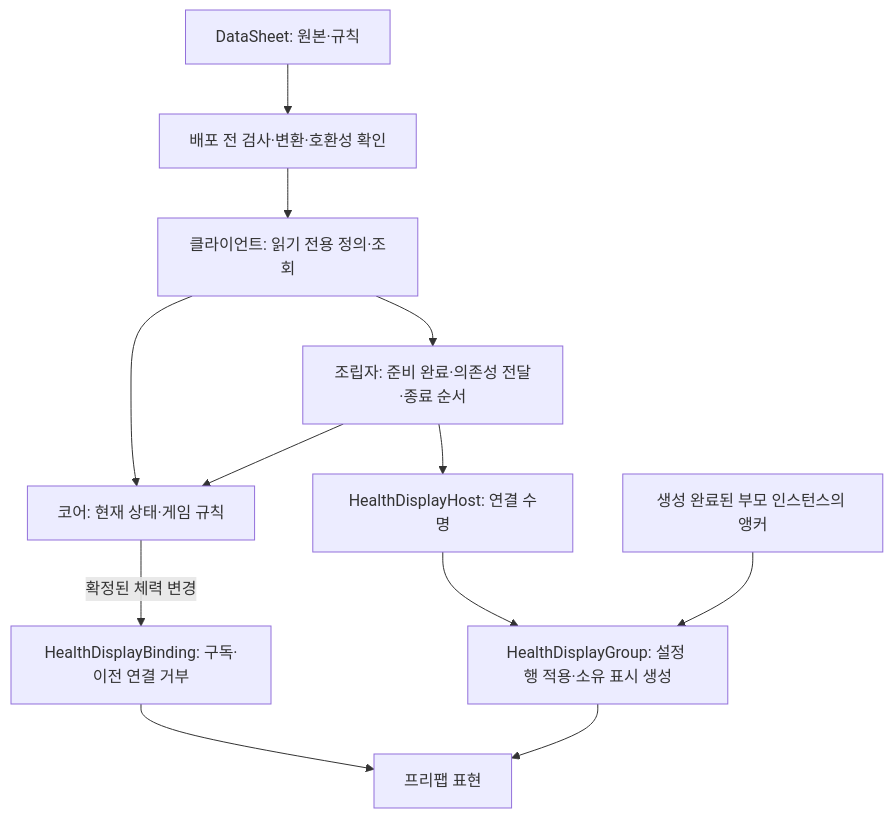
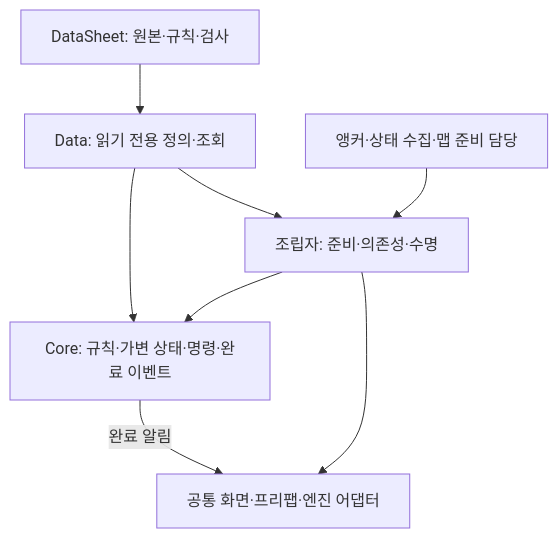
The first of 2 diagrams in Docs/설계 기준 점검과 개선 방향.md (lkhwcf-arch/Human_Ghost-), drawn with Mermaid before and after one commit. The commit also changed other lines of this file and 9 other files, not shown here.

````diff
--- a/Docs/설계 기준 점검과 개선 방향.md
+++ b/Docs/설계 기준 점검과 개선 방향.md
@@ -28,14 +22,10 @@
 ```mermaid
 flowchart TD
-    X[DataSheet: 원본·규칙] --> V[배포 전 검사·변환·호환성 확인]
-    V --> D[클라이언트: 읽기 전용 정의·조회]
-    D --> C[코어: 현재 상태·게임 규칙]
-    D --> O[조립자: 준비 완료·의존성 전달·종료 순서]
-    O --> C
-    O --> H[HealthDisplayHost: 연결 수명]
-    H --> G[HealthDisplayGroup: 설정 행 적용·소유 표시 생성]
-    A[생성 완료된 부모 인스턴스의 앵커] --> G
-    C -->|확정된 체력 변경| B[HealthDisplayBinding: 구독·이전 연결 거부]
-    G --> P[프리팹 표현]
-    B --> P
+    A[DataSheet: 원본·규칙·검사] --> B[Data: 읽기 전용 정의·조회]
+    B --> C[Core: 규칙·가변 상태·명령·완료 이벤트]
+    B --> D[조립자: 준비·의존성·수명]
+    D --> C
+    D --> E[공통 화면·프리팹·엔진 어댑터]
+    C -->|완료 알림| E
+    F[앵커·상태 수집·맵 준비 담당] --> D
 ```
````
